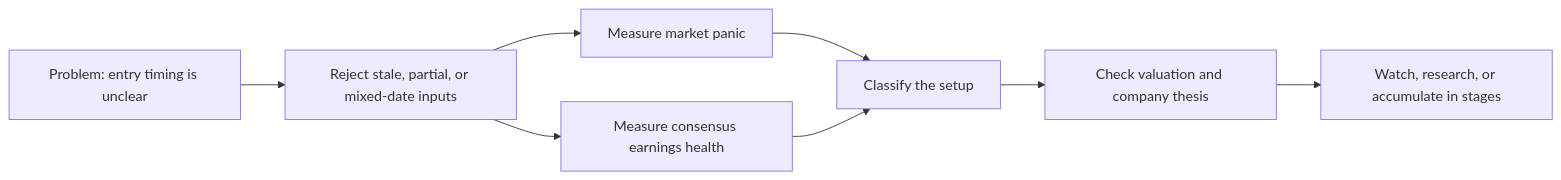
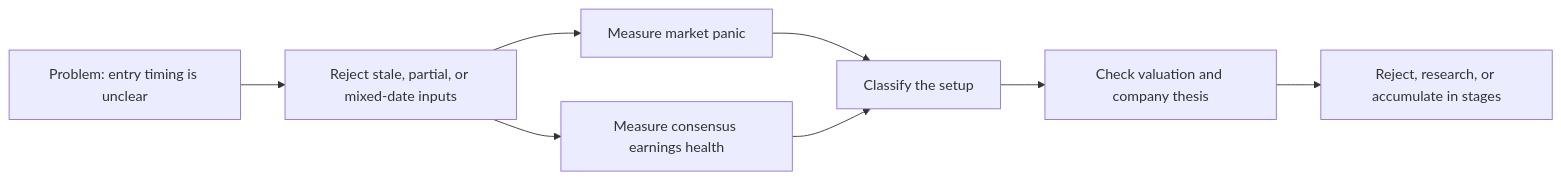
One commit to jsmc0818/reality-sentiment-engine changed the diagram in README.md. Above: the diagram before and after it, drawn with Mermaid. The commit also changed other lines of this file and 7 other files, not shown here.

````diff
--- a/README.md
+++ b/README.md
@@ -16,10 +16,10 @@
 ```mermaid
 flowchart LR
     A["Problem: entry timing is unclear"] --> B["Reject stale, partial, or mixed-date inputs"]
     B --> C["Measure market panic"]
     B --> D["Measure consensus earnings health"]
     C --> E["Classify the setup"]
     D --> E
     E --> F["Check valuation and company thesis"]
-    F --> G["Watch, research, or accumulate in stages"]
+    F --> G["Reject, research, or accumulate in stages"]
 ```
````
